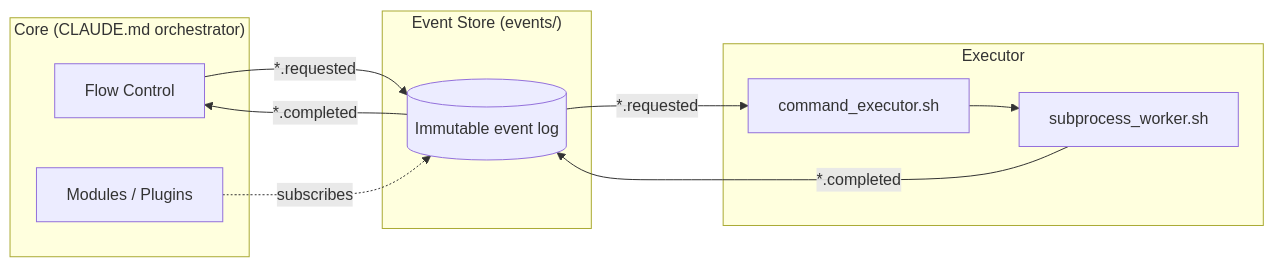
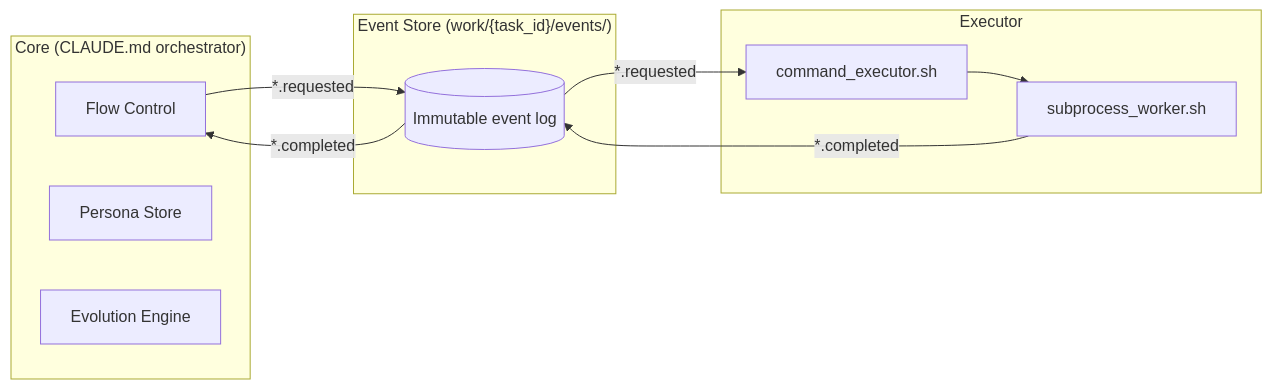
The diagram in README.md (skaji18/tanebi), drawn with Mermaid before and after one commit. The commit also changed other lines of this file and 8 other files, not shown here.

````diff
--- a/README.md
+++ b/README.md
@@ -33,20 +42,20 @@
 ```mermaid
 graph LR
     subgraph Core ["Core (CLAUDE.md orchestrator)"]
         O[Flow Control]
-        M[Modules / Plugins]
+        P[Persona Store]
+        E[Evolution Engine]
     end
-    subgraph ES ["Event Store (events/)"]
+    subgraph ES ["Event Store (work/{task_id}/events/)"]
         EL[(Immutable event log)]
     end
     subgraph EX ["Executor"]
         CMD[command_executor.sh]
         WRK[subprocess_worker.sh]
     end
     O -- "*.requested" --> EL
     EL -- "*.requested" --> CMD
     CMD --> WRK
     WRK -- "*.completed" --> EL
     EL -- "*.completed" --> O
-    M -. subscribes .-> EL
 ```
````
